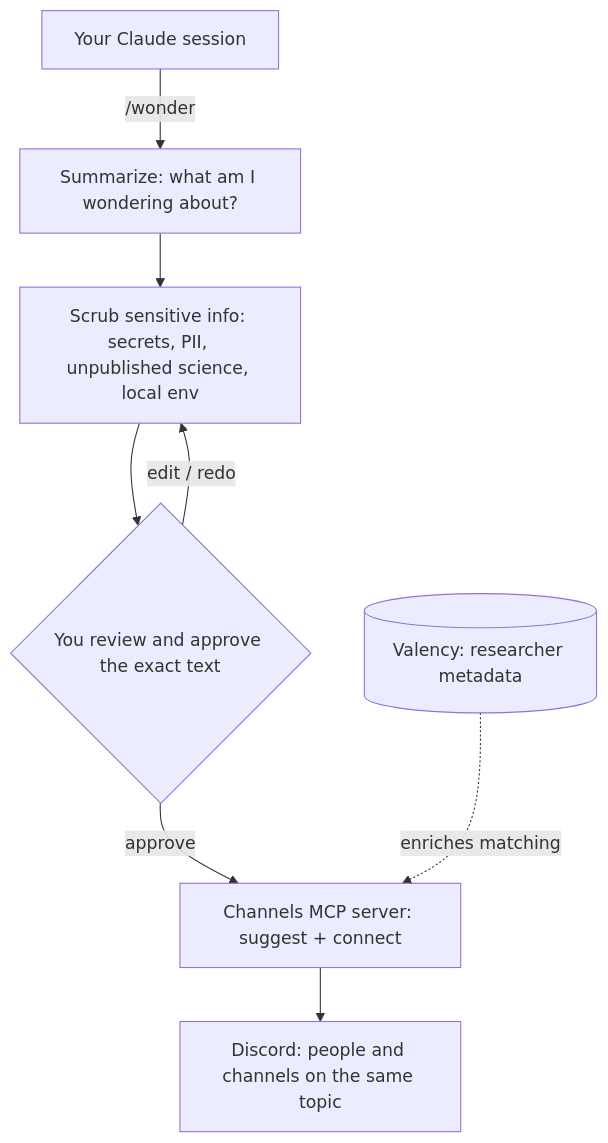
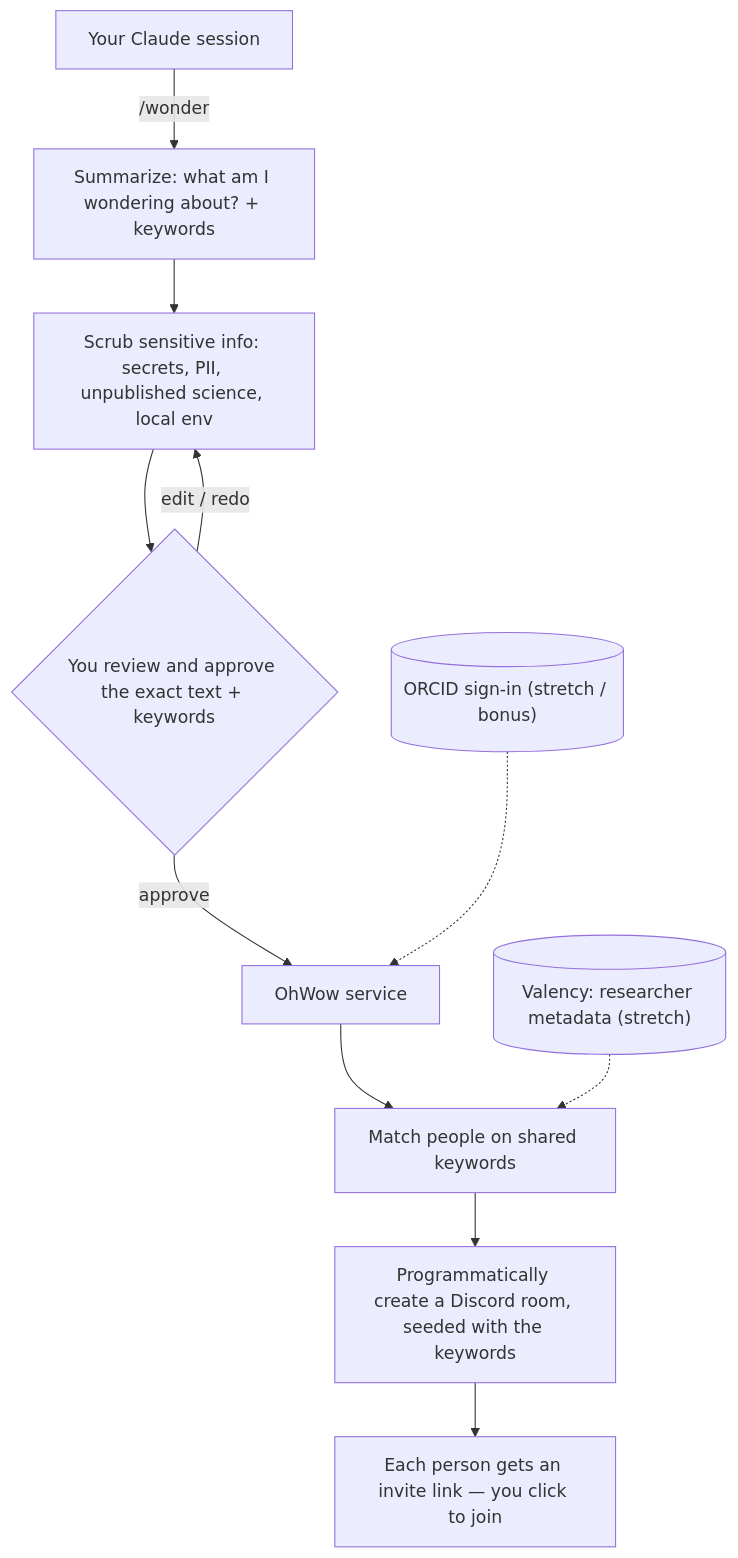
Before and after one commit to cgreene/wonder: the diagram in README.md, drawn with Mermaid. The commit also changed other lines of this file, not shown here.

````diff
--- a/README.md
+++ b/README.md
@@ -29,10 +44,13 @@
 ```mermaid
 flowchart TD
-    S["Your Claude session"] -->|"/wonder"| SUM["Summarize: what am I wondering about?"]
+    S["Your Claude session"] -->|"/wonder"| SUM["Summarize: what am I wondering about? + keywords"]
     SUM --> SCRUB["Scrub sensitive info: secrets, PII, unpublished science, local env"]
-    SCRUB --> REVIEW{"You review and approve the exact text"}
+    SCRUB --> REVIEW{"You review and approve the exact text + keywords"}
     REVIEW -->|"edit / redo"| SCRUB
-    REVIEW -->|"approve"| MCP["Channels MCP server: suggest + connect"]
-    VAL[("Valency: researcher metadata")] -.->|"enriches matching"| MCP
-    MCP --> DISCORD["Discord: people and channels on the same topic"]
+    REVIEW -->|"approve"| OHWOW["OhWow service"]
+    OHWOW --> MATCH["Match people on shared keywords"]
+    MATCH --> ROOM["Programmatically create a Discord room, seeded with the keywords"]
+    ROOM --> INVITE["Each person gets an invite link — you click to join"]
+    ID[("ORCID sign-in (stretch / bonus)")] -.-> OHWOW
+    VAL[("Valency: researcher metadata (stretch)")] -.-> MATCH
 ```
````
